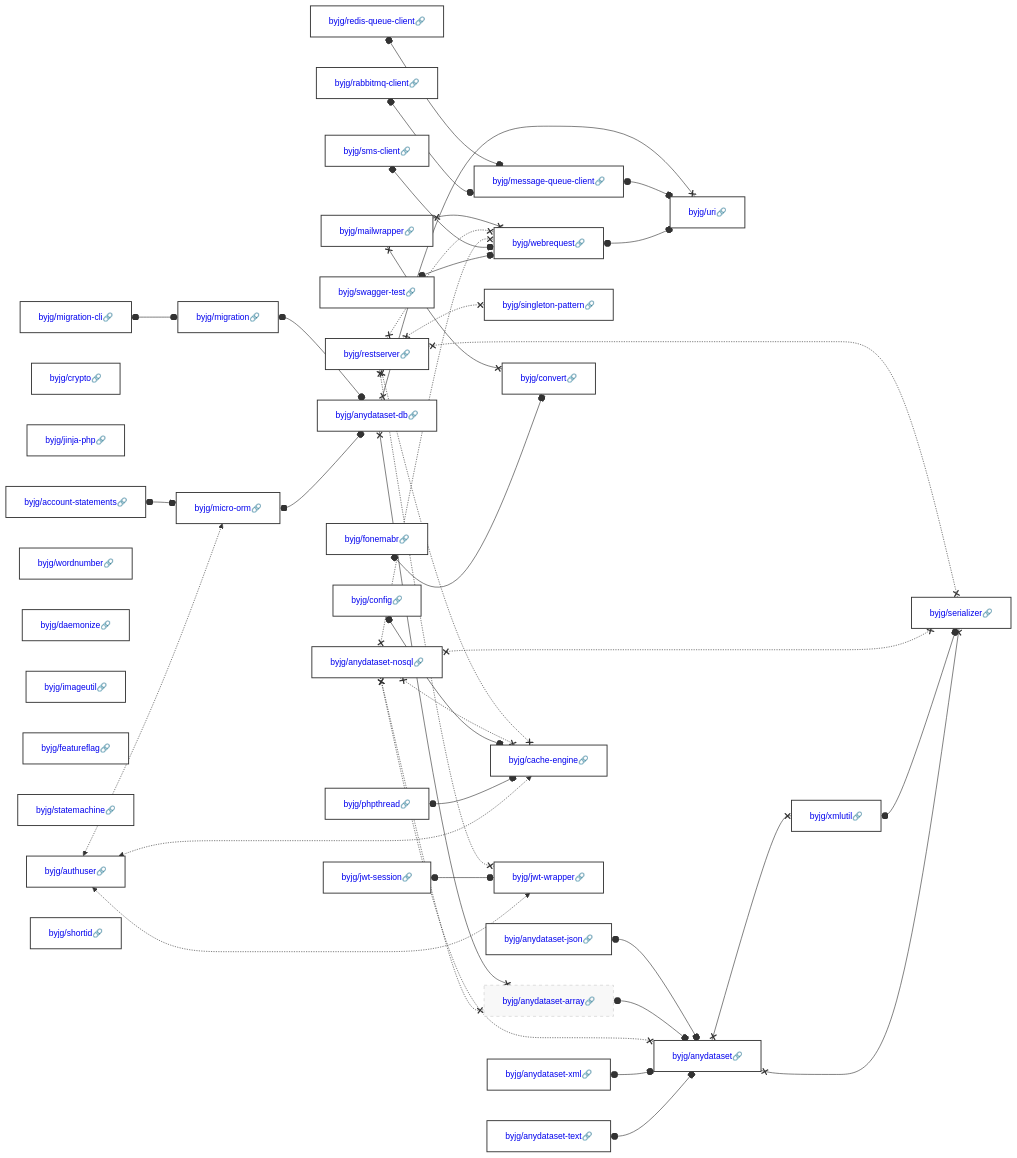
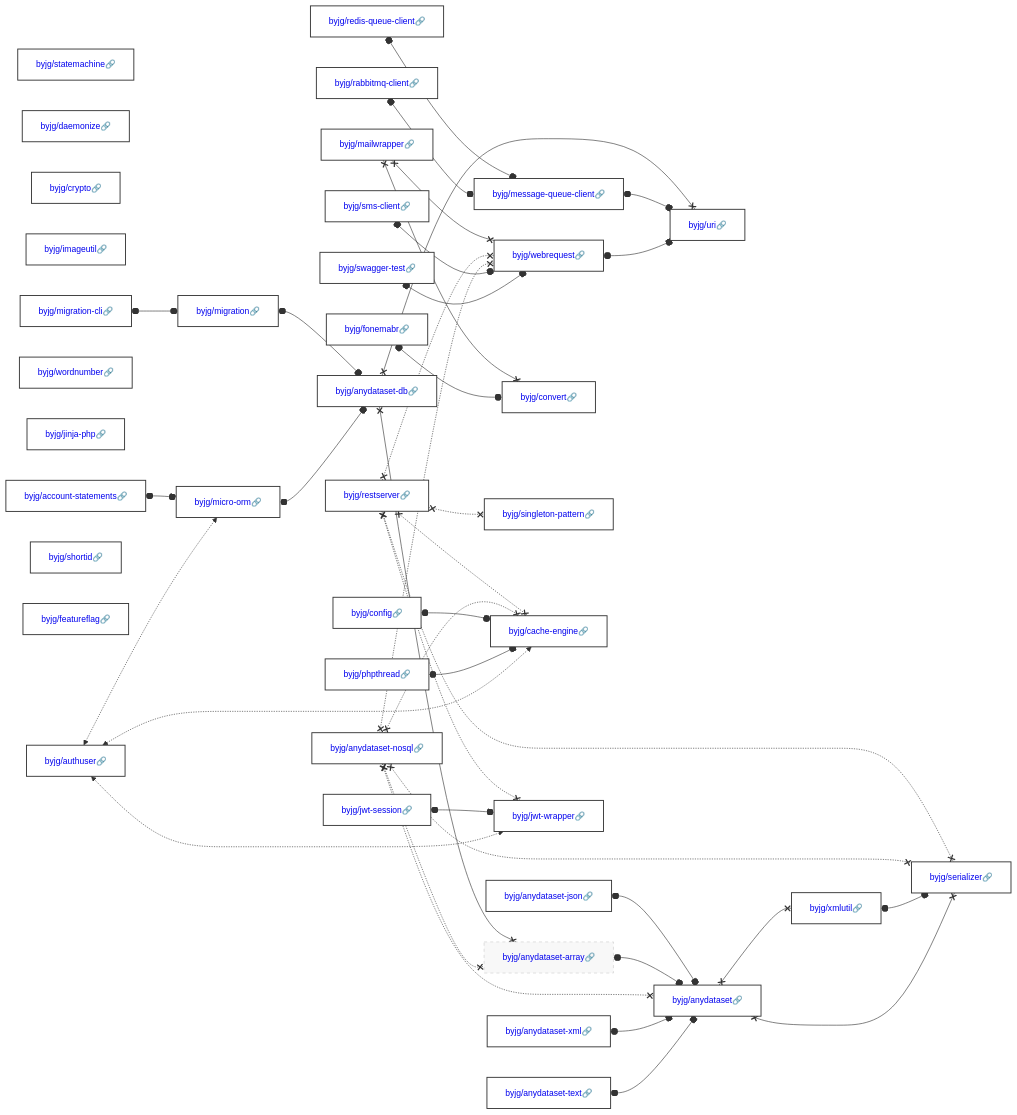
The diagram in docs/php/README.md (byjg/byjg.github.io), drawn with Mermaid before and after one commit. The commit also changed other lines of this file and 1 other file, not shown here.

Commit message:
Update documentation 'php' 'php-mailwrapper'

````diff
--- a/docs/php/README.md
+++ b/docs/php/README.md
@@ -3,38 +3,38 @@
 ```mermaid
 graph LR;
+  byjg/statemachine[<a href='https://opensource.byjg.com/docs/php/statemachine' style='text-decoration:none'>byjg/statemachine🔗</a>];
+  byjg/swagger-test[<a href='https://opensource.byjg.com/docs/php/swagger-test' style='text-decoration:none'>byjg/swagger-test🔗</a>];
+  byjg/redis-queue-client[<a href='https://opensource.byjg.com/docs/php/redis-queue-client' style='text-decoration:none'>byjg/redis-queue-client🔗</a>];
+  byjg/jwt-session[<a href='https://opensource.byjg.com/docs/php/jwt-session' style='text-decoration:none'>byjg/jwt-session🔗</a>];
+  byjg/config[<a href='https://opensource.byjg.com/docs/php/config' style='text-decoration:none'>byjg/config🔗</a>];
+  byjg/mailwrapper[<a href='https://opensource.byjg.com/docs/php/mailwrapper' style='text-decoration:none'>byjg/mailwrapper🔗</a>];
   byjg/anydataset-text[<a href='https://opensource.byjg.com/docs/php/anydataset-text' style='text-decoration:none'>byjg/anydataset-text🔗</a>];
+  byjg/phpthread[<a href='https://opensource.byjg.com/docs/php/phpthread' style='text-decoration:none'>byjg/phpthread🔗</a>];
   byjg/anydataset-nosql[<a href='https://opensource.byjg.com/docs/php/anydataset-nosql' style='text-decoration:none'>byjg/anydataset-nosql🔗</a>];
+  byjg/daemonize[<a href='https://opensource.byjg.com/docs/php/daemonize' style='text-decoration:none'>byjg/daemonize🔗</a>];
+  byjg/fonemabr[<a href='https://opensource.byjg.com/docs/php/fonemabr' style='text-decoration:none'>byjg/fonemabr🔗</a>];
+  byjg/crypto[<a href='https://opensource.byjg.com/docs/php/crypto' style='text-decoration:none'>byjg/crypto🔗</a>];
+  byjg/imageutil[<a href='https://opensource.byjg.com/docs/php/imageutil' style='text-decoration:none'>byjg/imageutil🔗</a>];
+  byjg/authuser[<a href='https://opensource.byjg.com/docs/php/authuser' style='text-decoration:none'>byjg/authuser🔗</a>];
+  byjg/anydataset-xml[<a href='https://opensource.byjg.com/docs/php/anydataset-xml' style='text-decoration:none'>byjg/anydataset-xml🔗</a>];
+  byjg/sms-client[<a href='https://opensource.byjg.com/docs/php/sms-client' style='text-decoration:none'>byjg/sms-client🔗</a>];
+  byjg/wordnumber[<a href='https://opensource.byjg.com/docs/php/wordnumber' style='text-decoration:none'>byjg/wordnumber🔗</a>];
   byjg/restserver[<a href='https://opensource.byjg.com/docs/php/restserver' style='text-decoration:none'>byjg/restserver🔗</a>];
-  byjg/mailwrapper[<a href='https://opensource.byjg.com/docs/php/mailwrapper' style='text-decoration:none'>byjg/mailwrapper🔗</a>];
+  byjg/anydataset-json[<a href='https://opensource.byjg.com/docs/php/anydataset-json' style='text-decoration:none'>byjg/anydataset-json🔗</a>];
+  byjg/jinja-php[<a href='https://opensource.byjg.com/docs/php/jinja-php' style='text-decoration:none'>byjg/jinja-php🔗</a>];
+  byjg/migration-cli[<a href='https://opensource.byjg.com/docs/php/migration-cli' style='text-decoration:none'>byjg/migration-cli🔗</a>];
+  byjg/shortid[<a href='https://opensource.byjg.com/docs/php/shortid' style='text-decoration:none'>byjg/shortid🔗</a>];
+  byjg/featureflag[<a href='https://opensource.byjg.com/docs/php/featureflag' style='text-decoration:none'>byjg/featureflag🔗</a>];
+  byjg/rabbitmq-client[<a href='https://opensource.byjg.com/docs/php/rabbitmq-client' style='text-decoration:none'>byjg/rabbitmq-client🔗</a>];
   byjg/account-statements[<a href='https://opensource.byjg.com/docs/php/account-statements' style='text-decoration:none'>byjg/account-statements🔗</a>];
-  byjg/crypto[<a href='https://opensource.byjg.com/docs/php/crypto' style='text-decoration:none'>byjg/crypto🔗</a>];
-  byjg/phpthread[<a href='https://opensource.byjg.com/docs/php/phpthread' style='text-decoration:none'>byjg/phpthread🔗</a>];
-  byjg/redis-queue-client[<a href='https://opensource.byjg.com/docs/php/redis-queue-client' style='text-decoration:none'>byjg/redis-queue-client🔗</a>];
-  byjg/jinja-php[<a href='https://opensource.byjg.com/docs/php/jinja-php' style='text-decoration:none'>byjg/jinja-php🔗</a>];
-  byjg/anydataset-xml[<a href='https://opensource.byjg.com/docs/php/anydataset-xml' style='text-decoration:none'>byjg/anydataset-xml🔗</a>];
-  byjg/swagger-test[<a href='https://opensource.byjg.com/docs/php/swagger-test' style='text-decoration:none'>byjg/swagger-test🔗</a>];
-  byjg/jwt-session[<a href='https://opensource.byjg.com/docs/php/jwt-session' style='text-decoration:none'>byjg/jwt-session🔗</a>];
-  byjg/rabbitmq-client[<a href='https://opensource.byjg.com/docs/php/rabbitmq-client' style='text-decoration:none'>byjg/rabbitmq-client🔗</a>];
-  byjg/anydataset-json[<a href='https://opensource.byjg.com/docs/php/anydataset-json' style='text-decoration:none'>byjg/anydataset-json🔗</a>];
-  byjg/fonemabr[<a href='https://opensource.byjg.com/docs/php/fonemabr' style='text-decoration:none'>byjg/fonemabr🔗</a>];
-  byjg/migration-cli[<a href='https://opensource.byjg.com/docs/php/migration-cli' style='text-decoration:none'>byjg/migration-cli🔗</a>];
-  byjg/wordnumber[<a href='https://opensource.byjg.com/docs/php/wordnumber' style='text-decoration:none'>byjg/wordnumber🔗</a>];
-  byjg/daemonize[<a href='https://opensource.byjg.com/docs/php/daemonize' style='text-decoration:none'>byjg/daemonize🔗</a>];
-  byjg/imageutil[<a href='https://opensource.byjg.com/docs/php/imageutil' style='text-decoration:none'>byjg/imageutil🔗</a>];
-  byjg/sms-client[<a href='https://opensource.byjg.com/docs/php/sms-client' style='text-decoration:none'>byjg/sms-client🔗</a>];
-  byjg/featureflag[<a href='https://opensource.byjg.com/docs/php/featureflag' style='text-decoration:none'>byjg/featureflag🔗</a>];
-  byjg/config[<a href='https://opensource.byjg.com/docs/php/config' style='text-decoration:none'>byjg/config🔗</a>];
-  byjg/statemachine[<a href='https://opensource.byjg.com/docs/php/statemachine' style='text-decoration:none'>byjg/statemachine🔗</a>];
-  byjg/authuser[<a href='https://opensource.byjg.com/docs/php/authuser' style='text-decoration:none'>byjg/authuser🔗</a>];
-  byjg/shortid[<a href='https://opensource.byjg.com/docs/php/shortid' style='text-decoration:none'>byjg/shortid🔗</a>];
+  byjg/convert[<a href='https://opensource.byjg.com/docs/php/convert' style='text-decoration:none'>byjg/convert🔗</a>];
   byjg/singleton-pattern[<a href='https://opensource.byjg.com/docs/php/singleton-pattern' style='text-decoration:none'>byjg/singleton-pattern🔗</a>];
+  byjg/cache-engine[<a href='https://opensource.byjg.com/docs/php/cache-engine' style='text-decoration:none'>byjg/cache-engine🔗</a>];
+  byjg/webrequest[<a href='https://opensource.byjg.com/docs/php/webrequest' style='text-decoration:none'>byjg/webrequest🔗</a>];
+  byjg/jwt-wrapper[<a href='https://opensource.byjg.com/docs/php/jwt-wrapper' style='text-decoration:none'>byjg/jwt-wrapper🔗</a>];
+  byjg/migration[<a href='https://opensource.byjg.com/docs/php/migration' style='text-decoration:none'>byjg/migration🔗</a>];
   byjg/message-queue-client[<a href='https://opensource.byjg.com/docs/php/message-queue-client' style='text-decoration:none'>byjg/message-queue-client🔗</a>];
-  byjg/convert[<a href='https://opensource.byjg.com/docs/php/convert' style='text-decoration:none'>byjg/convert🔗</a>];
-  byjg/migration[<a href='https://opensource.byjg.com/docs/php/migration' style='text-decoration:none'>byjg/migration🔗</a>];
-  byjg/webrequest[<a href='https://opensource.byjg.com/docs/php/webrequest' style='text-decoration:none'>byjg/webrequest🔗</a>];
   byjg/micro-orm[<a href='https://opensource.byjg.com/docs/php/micro-orm' style='text-decoration:none'>byjg/micro-orm🔗</a>];
-  byjg/cache-engine[<a href='https://opensource.byjg.com/docs/php/cache-engine' style='text-decoration:none'>byjg/cache-engine🔗</a>];
-  byjg/jwt-wrapper[<a href='https://opensource.byjg.com/docs/php/jwt-wrapper' style='text-decoration:none'>byjg/jwt-wrapper🔗</a>];
   byjg/anydataset-db[<a href='https://opensource.byjg.com/docs/php/anydataset-db' style='text-decoration:none'>byjg/anydataset-db🔗</a>];
   byjg/anydataset-array[<a href='https://opensource.byjg.com/docs/php/anydataset-array' style='text-decoration:none'>byjg/anydataset-array🔗</a>];
   byjg/uri[<a href='https://opensource.byjg.com/docs/php/uri' style='text-decoration:none'>byjg/uri🔗</a>];
````
